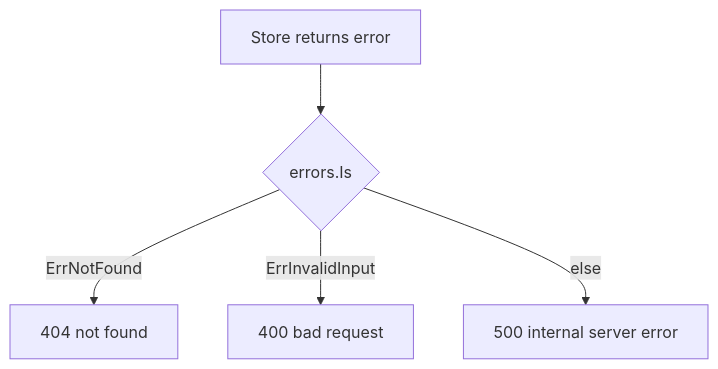
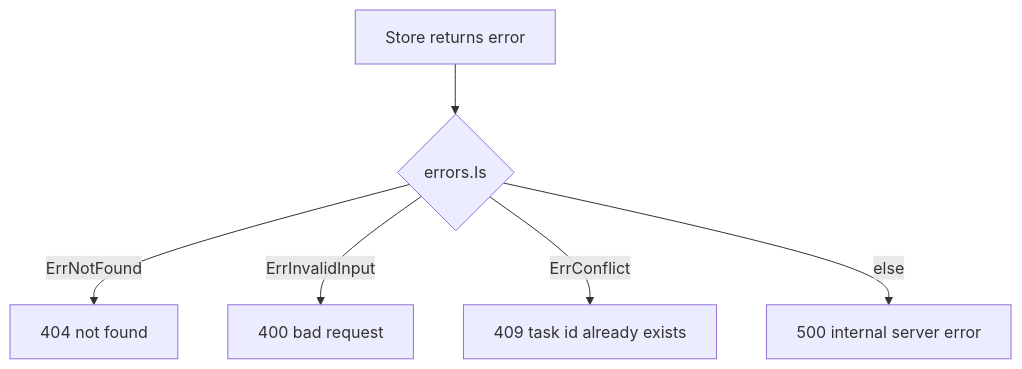
One commit to AlexsanderHamir/T2A changed the sixth of 8 diagrams in docs/DESIGN.md. Above: the diagram before and after it, drawn with Mermaid. The commit also changed other lines of this file and 8 other files, not shown here.

````diff
--- a/docs/DESIGN.md
+++ b/docs/DESIGN.md
@@ -260,7 +260,8 @@
 ```mermaid
 flowchart TD
   R[Store returns error] --> M{errors.Is}
   M -->|ErrNotFound| N404[404 not found]
   M -->|ErrInvalidInput| B400[400 bad request]
+  M -->|ErrConflict| C409[409 task id already exists]
   M -->|else| I500[500 internal server error]
 ```
````
